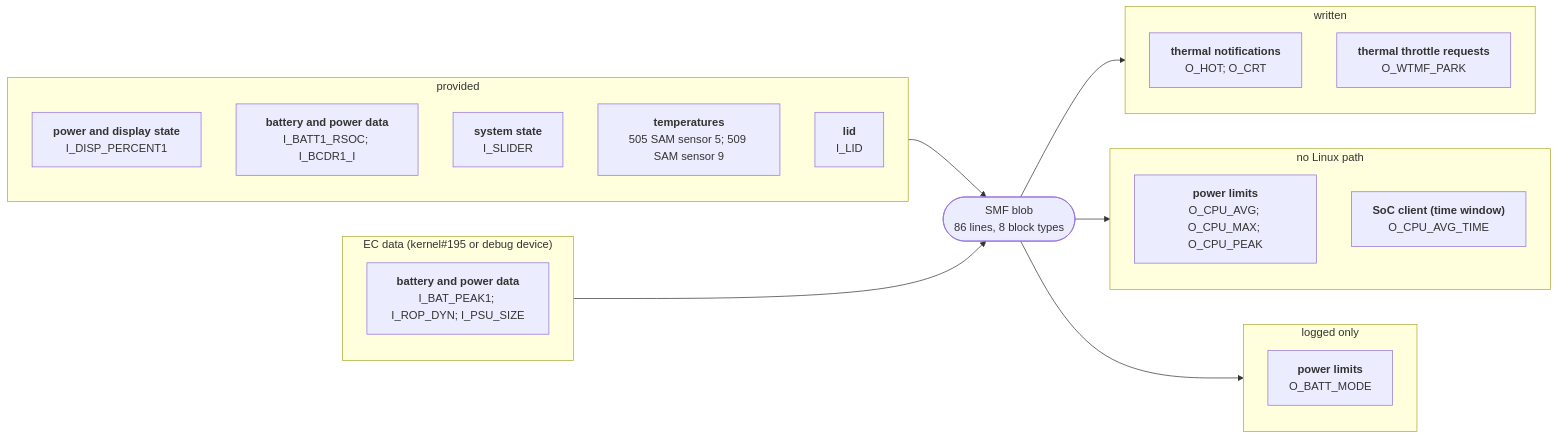
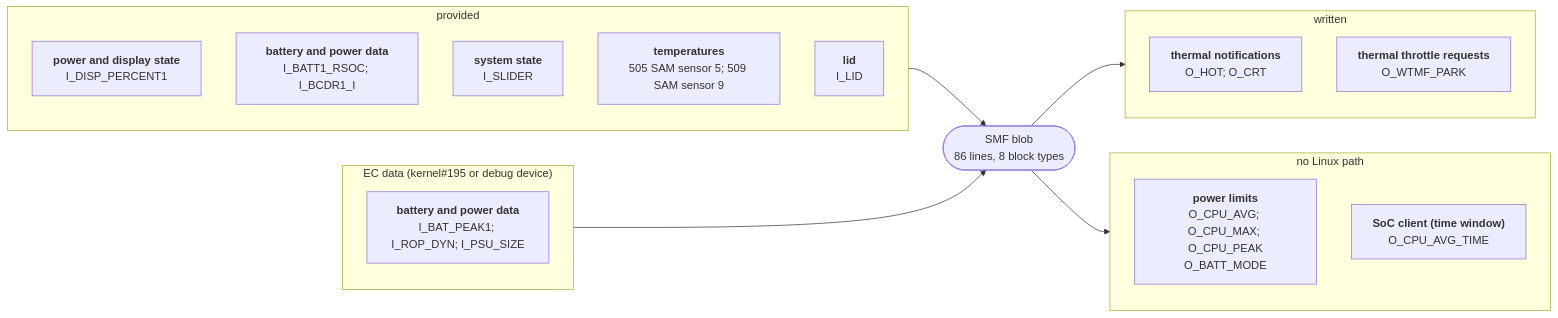
The diagram in docs/devices/surface-laptop-4-amd.md (larsschellhas/linux-surface-power), drawn with Mermaid before and after one commit. The commit also changed other lines of this file and 41 other files, not shown here.

````diff
--- a/docs/devices/surface-laptop-4-amd.md
+++ b/docs/devices/surface-laptop-4-amd.md
@@ -20,30 +20,26 @@
 ```mermaid
 flowchart LR
     subgraph IN0["provided"]
         I0_1FB53D4C["<b>power and display state</b><br/>I_DISP_PERCENT1"]
         I0_28B7BD85["<b>battery and power data</b><br/>I_BATT1_RSOC; I_BCDR1_I"]
         I0_2DD6960F["<b>system state</b><br/>I_SLIDER"]
         I0_2E8B14C2["<b>temperatures</b><br/>505 SAM sensor 5; 509 SAM sensor 9"]
         I0_5D0EE597["<b>lid</b><br/>I_LID"]
     end
     IN0 --> B
     subgraph IN1["EC data (kernel#195 or debug device)"]
         I1_28B7BD85["<b>battery and power data</b><br/>I_BAT_PEAK1; I_ROP_DYN; I_PSU_SIZE"]
     end
     IN1 --> B
     B(["SMF blob<br/>86 lines, 8 block types"])
     subgraph OUT0["written"]
         O0_110DF2A4["<b>thermal notifications</b><br/>O_HOT; O_CRT"]
         O0_9BBB8910["<b>thermal throttle requests</b><br/>O_WTMF_PARK"]
     end
     B --> OUT0
     subgraph OUT1["no Linux path"]
-        O1_0B7B5350["<b>power limits</b><br/>O_CPU_AVG; O_CPU_MAX; O_CPU_PEAK"]
+        O1_0B7B5350["<b>power limits</b><br/>O_CPU_AVG; O_CPU_MAX; O_CPU_PEAK<br/>O_BATT_MODE"]
         O1_CF2F6076["<b>SoC client (time window)</b><br/>O_CPU_AVG_TIME"]
     end
     B --> OUT1
-    subgraph OUT2["logged only"]
-        O2_0B7B5350["<b>power limits</b><br/>O_BATT_MODE"]
-    end
-    B --> OUT2
 ```
````
